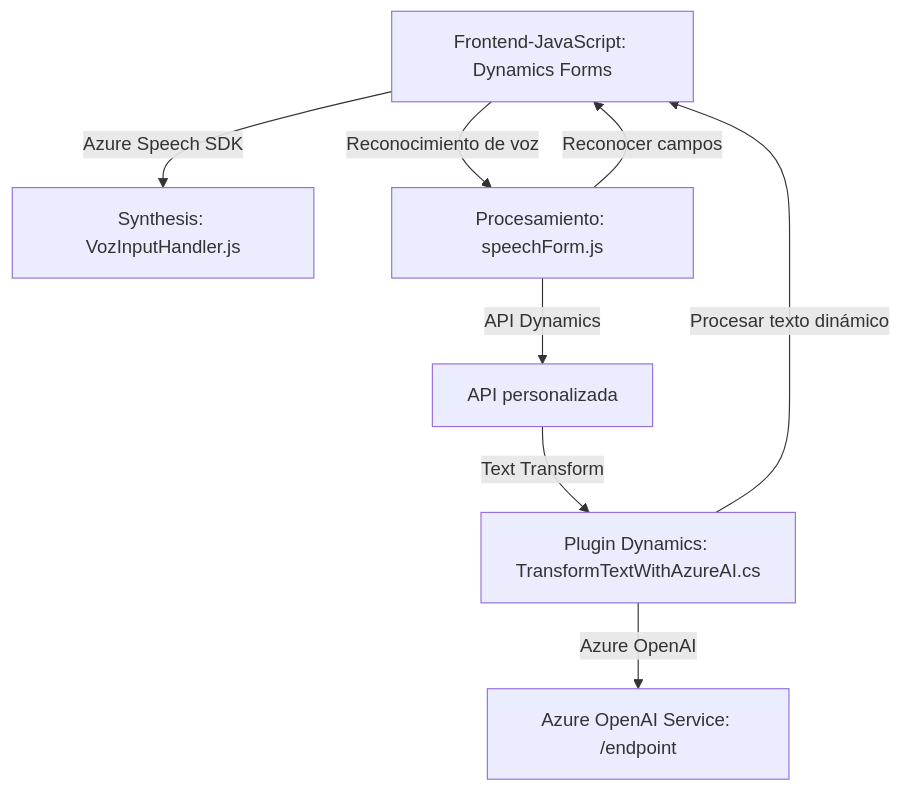
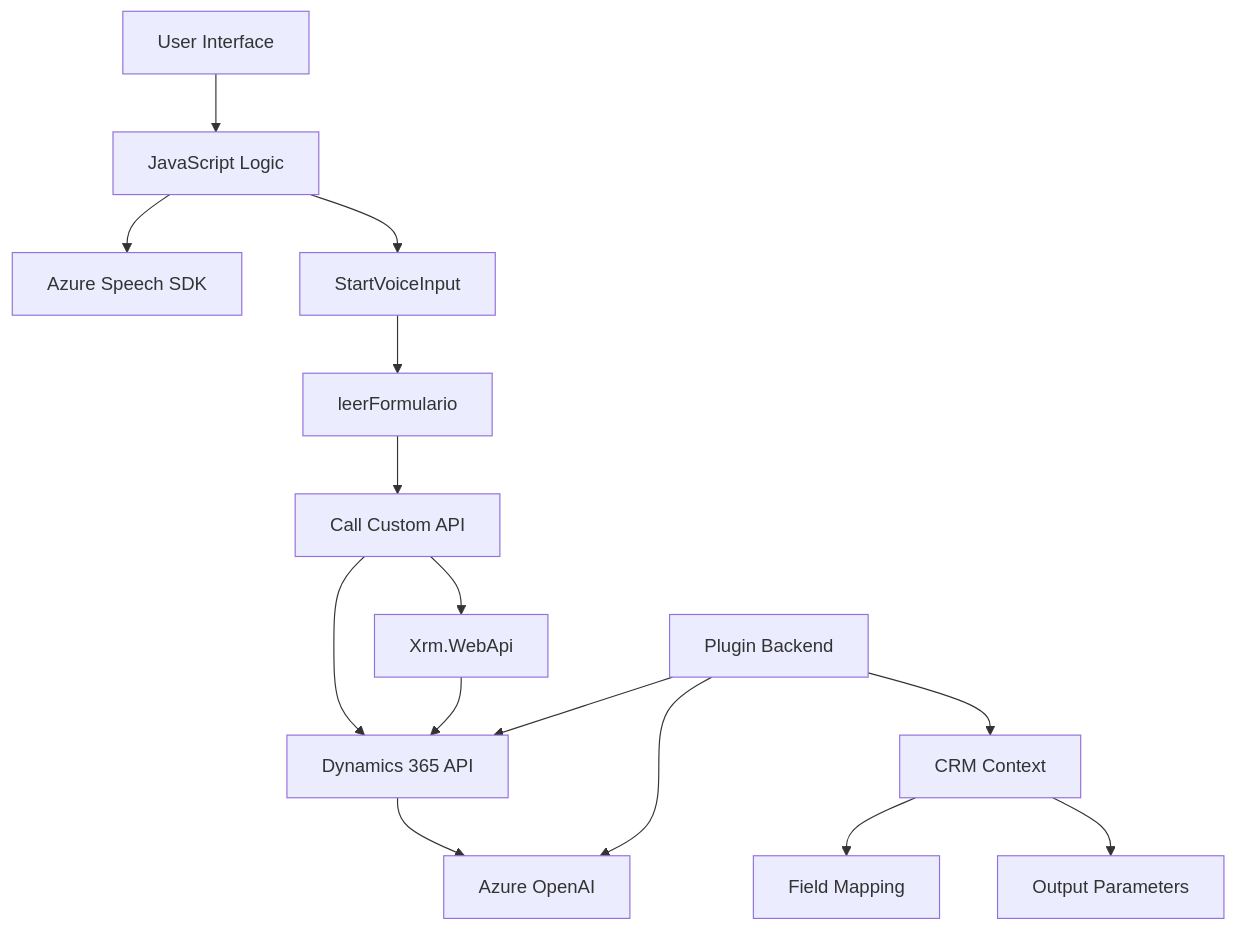
Before and after one commit to blopezdm/NETCORE_BILBAO2025: the diagram in README.md, drawn with Mermaid. The commit also changed other lines of this file, not shown here.

````diff
--- a/README.md
+++ b/README.md
@@ -51,10 +38,17 @@
 ```mermaid
 graph TD
-    A["Frontend-JavaScript: Dynamics Forms"] -->|Azure Speech SDK| B["Synthesis: VozInputHandler.js"]
-    A -->|Reconocimiento de voz| C["Procesamiento: speechForm.js"]
-    C -->|API Dynamics| D["API personalizada"]
-    D -->|Text Transform| E["Plugin Dynamics: TransformTextWithAzureAI.cs"]
-    E -->|Azure OpenAI| F["Azure OpenAI Service: /endpoint"]
-    C -->|Reconocer campos| A
-    E -->|Procesar texto dinámico| A
+  A["User Interface"] --> B["JavaScript Logic"]
+  B --> C["Azure Speech SDK"]
+  B --> D["StartVoiceInput"]
+  D --> E["leerFormulario"]
+  E --> F["Call Custom API"]
+  F --> G["Xrm.WebApi"]
+  F --> H["Dynamics 365 API"]
+  G --> H
+  H --> I["Azure OpenAI"]
+  J["Plugin Backend"] --> I
+  J --> H
+  J --> K["CRM Context"]
+  K --> L["Field Mapping"]
+  K --> M["Output Parameters"]
 ```
````
